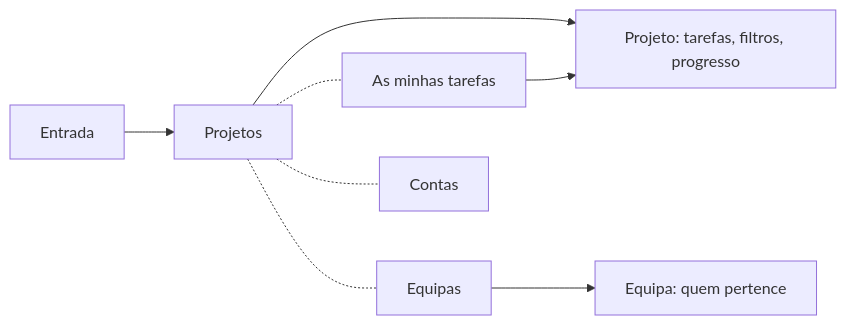
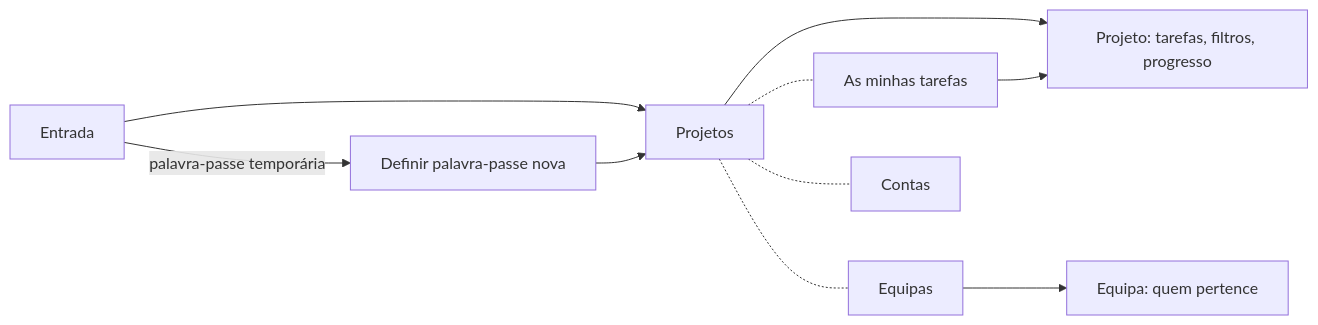
Before and after one commit to vapreace/ai-power-software-engineering-matrix: the diagram in docs/ui/README.md, drawn with Mermaid. The commit also changed other lines of this file and 6 other files, not shown here.

Commit message:
Revisão final do Architecture Pack: sessão sem cache de permissões, primeiro Administrador, cenários E39 (Ficha PL 02)

````diff
--- a/docs/ui/README.md
+++ b/docs/ui/README.md
@@ -33,11 +35,13 @@
 ```mermaid
 flowchart LR
     E["Entrada"] --> P["Projetos"]
+    E -- "palavra-passe temporária" --> N["Definir palavra-passe nova"]
+    N --> P
     P --> D["Projeto: tarefas, filtros, progresso"]
     M["As minhas tarefas"] --> D
     Q["Equipas"] --> QE["Equipa: quem pertence"]
     C["Contas"]
     P -.- M
     P -.- Q
     P -.- C
 ```
````
